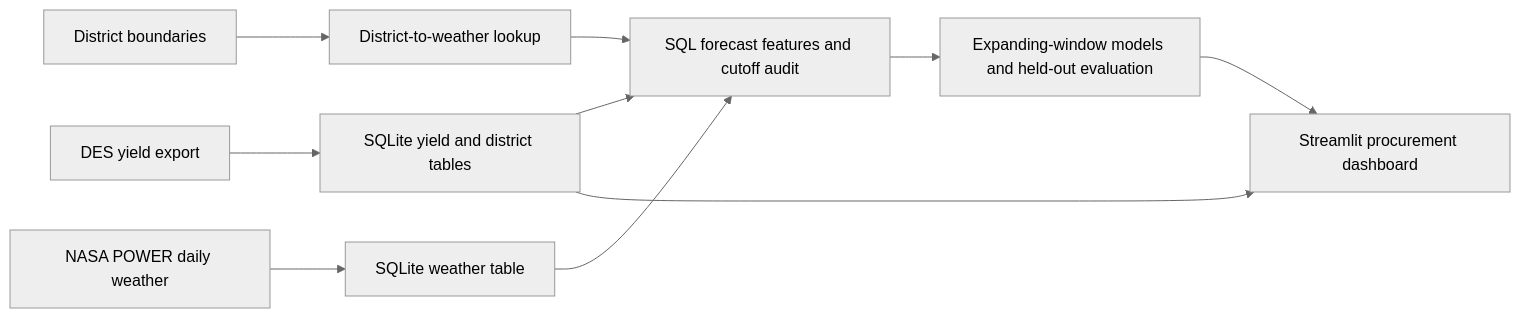
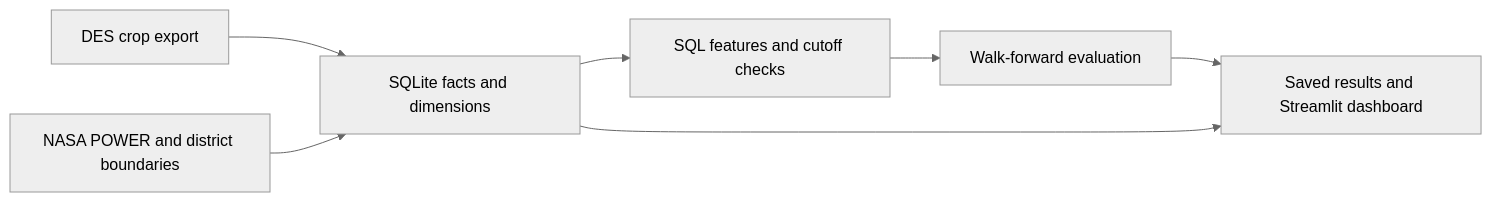
The diagram in README.md (bharath-sharma0/tamil-nadu-rice-forecast), drawn with Mermaid (neutral theme) before and after one commit. The commit also changed other lines of this file and 1 other file, not shown here.

````diff
--- a/README.md
+++ b/README.md
@@ -10,12 +37,9 @@
 ```mermaid
 flowchart LR
-    A[DES yield export] --> D[SQLite yield and district tables]
-    B[District boundaries] --> E[District-to-weather lookup]
-    C[NASA POWER daily weather] --> F[SQLite weather table]
-    D --> G[SQL forecast features and cutoff audit]
-    E --> G
-    F --> G
-    G --> H[Expanding-window models and held-out evaluation]
-    H --> I[Streamlit procurement dashboard]
-    D --> I
+    A[DES crop export] --> D[SQLite facts and dimensions]
+    B[NASA POWER and district boundaries] --> D
+    D --> E[SQL features and cutoff checks]
+    E --> F[Walk-forward evaluation]
+    F --> G[Saved results and Streamlit dashboard]
+    D --> G
 ```
````
